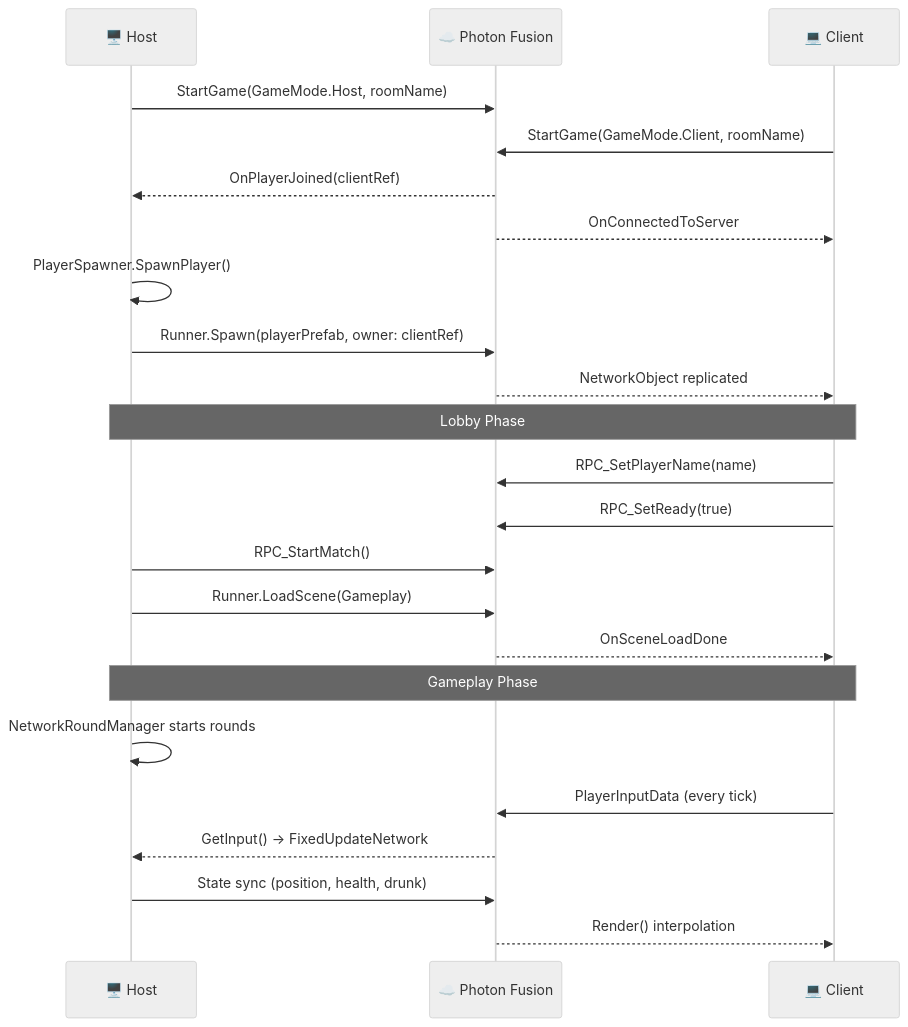
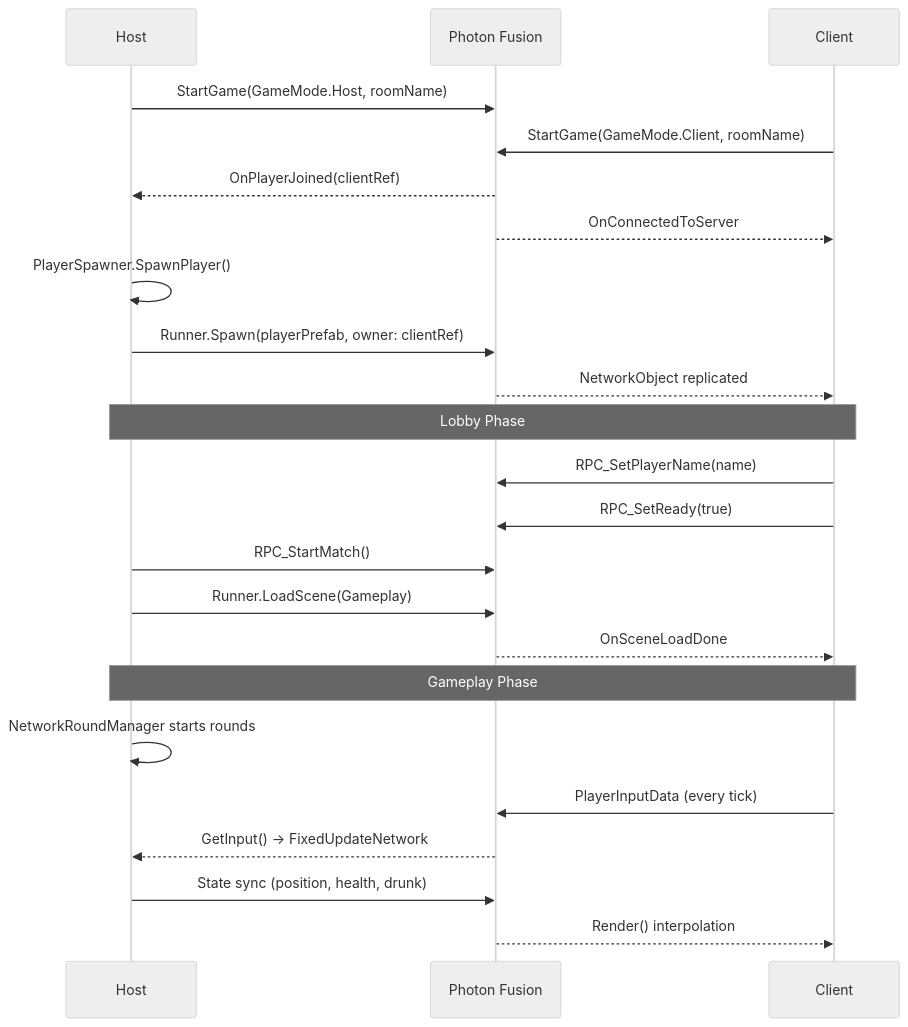
The fourth of 5 diagrams in README.md (AngelQuinteroDev/Drunk-Cowboys), drawn with Mermaid (neutral theme) before and after one commit. The commit also changed other lines of this file, not shown here.

````diff
--- a/README.md
+++ b/README.md
@@ -176,29 +175,29 @@
 ```mermaid
 sequenceDiagram
-    participant Host as 🖥️ Host
-    participant Fusion as ☁️ Photon Fusion
-    participant Client as 💻 Client
+    participant Host as Host
+    participant Fusion as Photon Fusion
+    participant Client as Client
 
     Host->>Fusion: StartGame(GameMode.Host, roomName)
     Client->>Fusion: StartGame(GameMode.Client, roomName)
     Fusion-->>Host: OnPlayerJoined(clientRef)
     Fusion-->>Client: OnConnectedToServer
 
     Host->>Host: PlayerSpawner.SpawnPlayer()
     Host->>Fusion: Runner.Spawn(playerPrefab, owner: clientRef)
     Fusion-->>Client: NetworkObject replicated
 
     Note over Host,Client: Lobby Phase
     Client->>Fusion: RPC_SetPlayerName(name)
     Client->>Fusion: RPC_SetReady(true)
     Host->>Fusion: RPC_StartMatch()
     Host->>Fusion: Runner.LoadScene(Gameplay)
     Fusion-->>Client: OnSceneLoadDone
 
     Note over Host,Client: Gameplay Phase
     Host->>Host: NetworkRoundManager starts rounds
     Client->>Fusion: PlayerInputData (every tick)
     Fusion-->>Host: GetInput() → FixedUpdateNetwork
     Host->>Fusion: State sync (position, health, drunk)
     Fusion-->>Client: Render() interpolation
 ```
````
